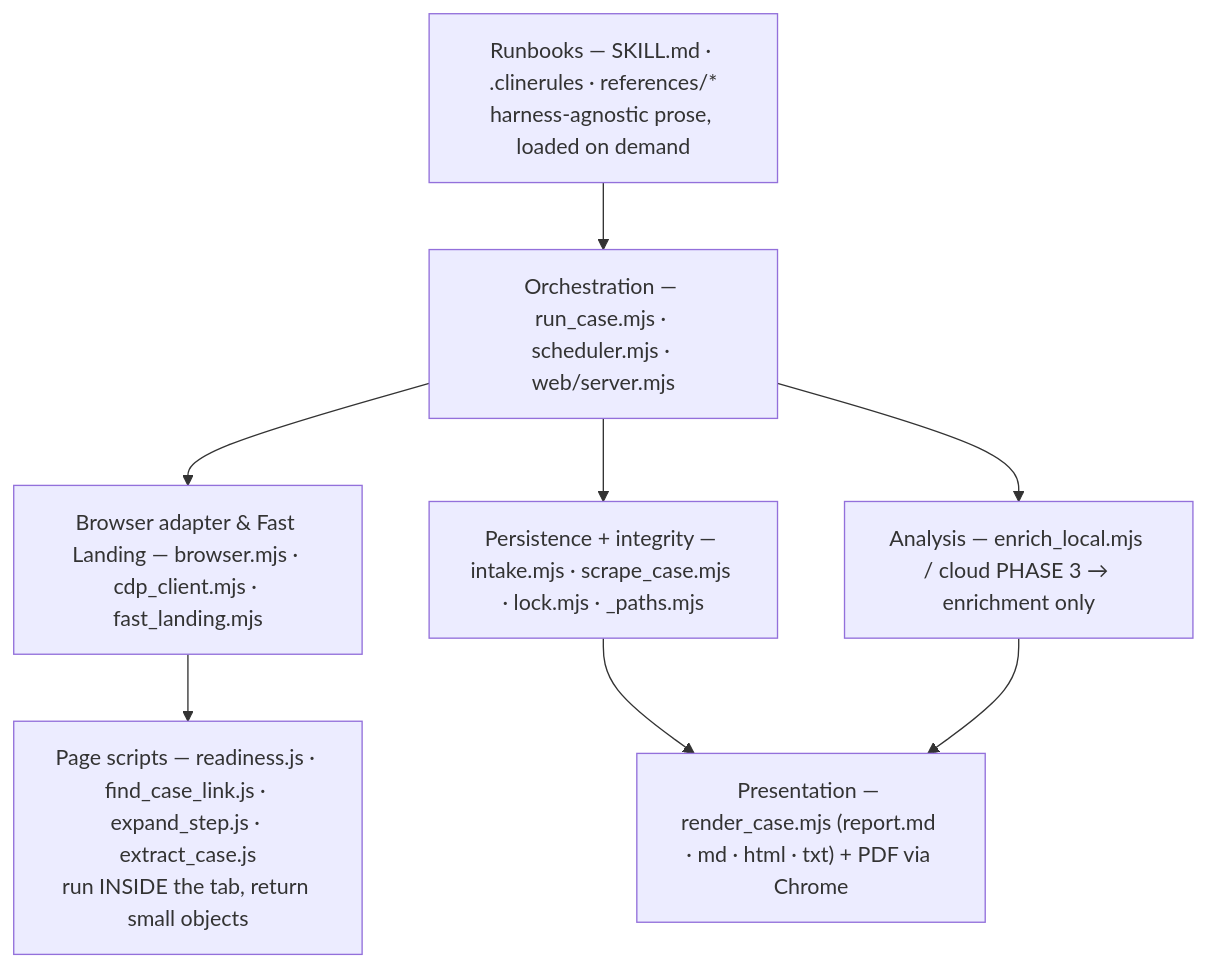
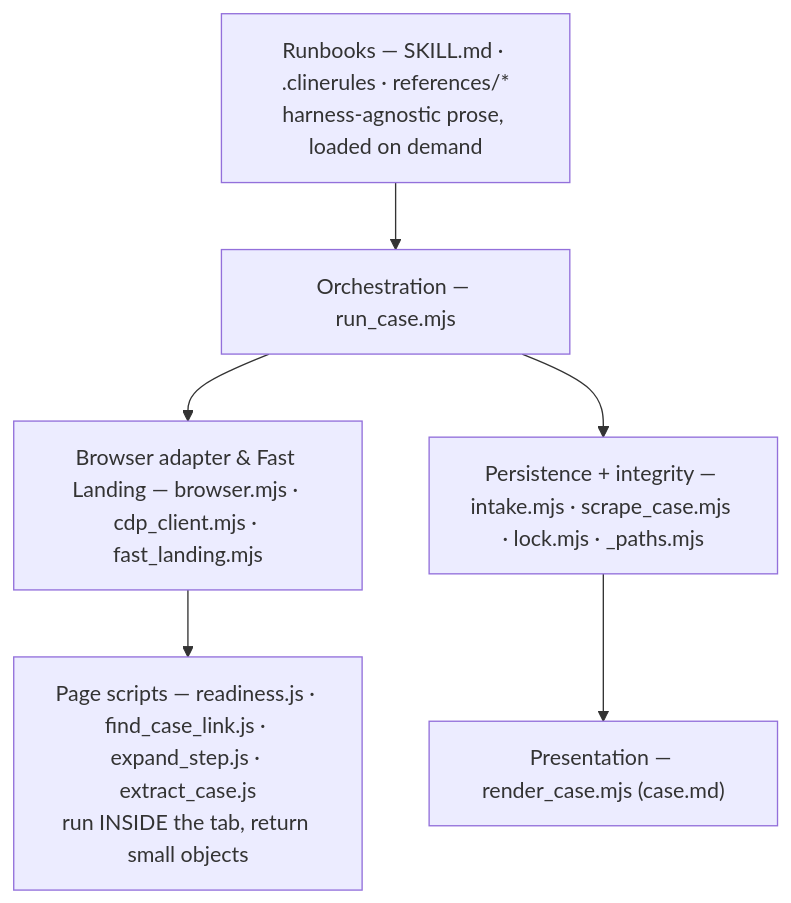
The second of 5 diagrams in docs/DESIGN.md (congtubkbn/qualcomm-case-agent), drawn with Mermaid before and after one commit. The commit also changed other lines of this file and 11 other files, not shown here.

First line of the commit message:
refactor: drop enrichment support, scope pipeline to capture-only

````diff
--- a/docs/DESIGN.md
+++ b/docs/DESIGN.md
@@ -108,13 +98,11 @@
 ```mermaid
 graph TD
   A["Runbooks — SKILL.md · .clinerules · references/*<br/>harness-agnostic prose, loaded on demand"]
-  B["Orchestration — run_case.mjs · scheduler.mjs · web/server.mjs"]
+  B["Orchestration — run_case.mjs"]
   C["Browser adapter & Fast Landing — browser.mjs · cdp_client.mjs · fast_landing.mjs"]
   D["Page scripts — readiness.js · find_case_link.js · expand_step.js · extract_case.js<br/>run INSIDE the tab, return small objects"]
   E["Persistence + integrity — intake.mjs · scrape_case.mjs · lock.mjs · _paths.mjs"]
-  F["Presentation — render_case.mjs (report.md · md · html · txt) + PDF via Chrome"]
-  G["Analysis — enrich_local.mjs / cloud PHASE 3 → enrichment only"]
+  F["Presentation — render_case.mjs (case.md)"]
   A --> B --> C --> D
   B --> E --> F
-  B --> G --> F
 ```
````
